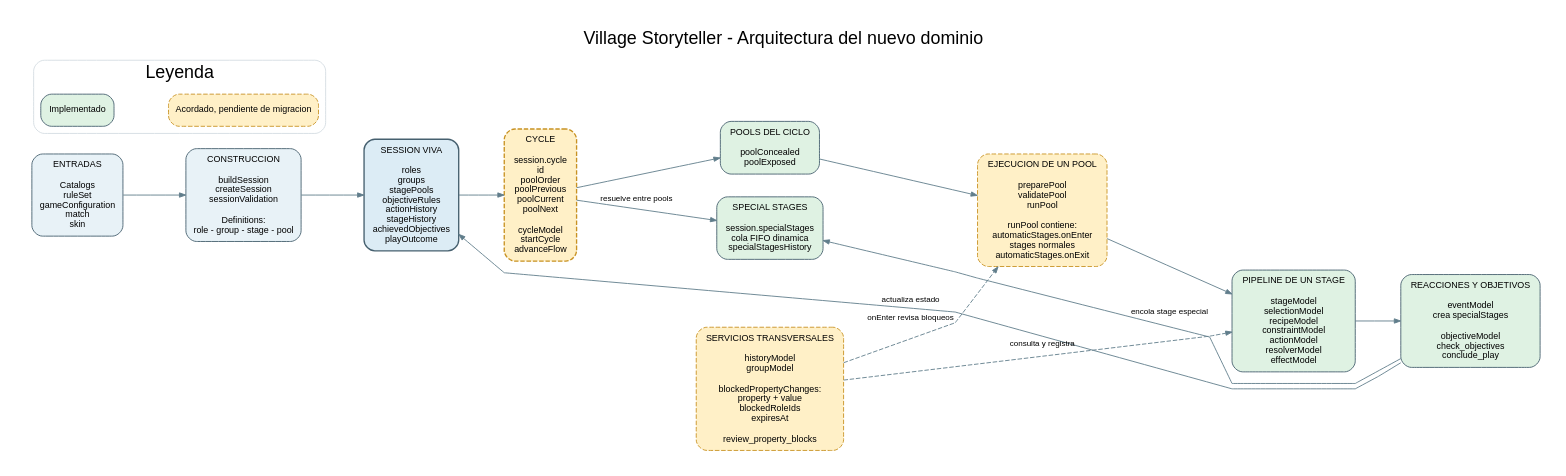
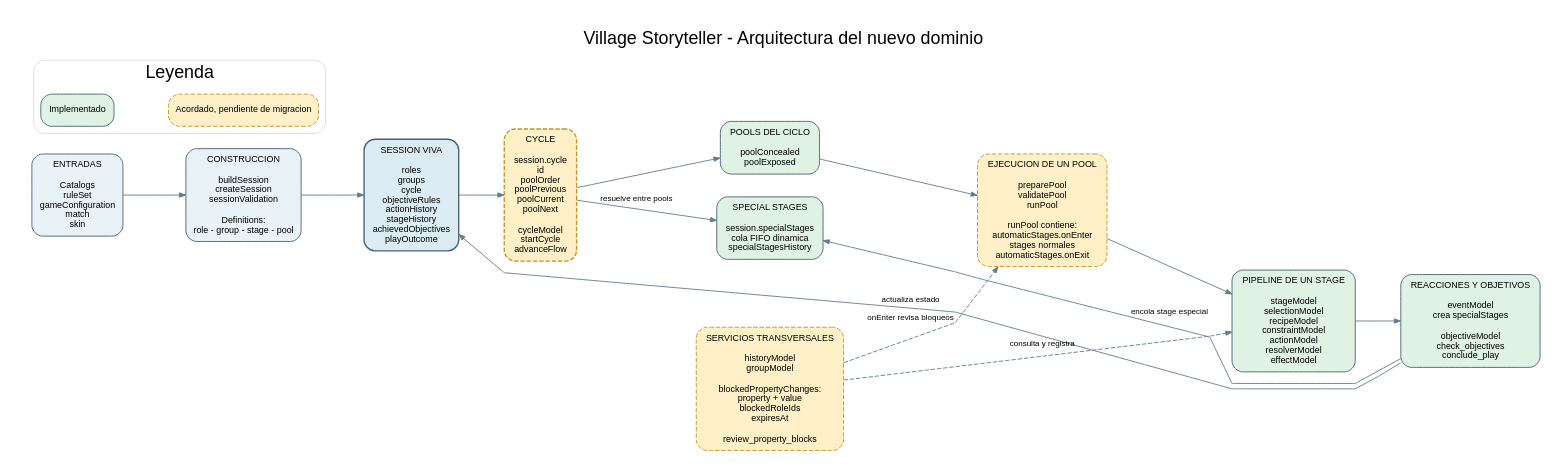
The diagram in docs/domain_architecture.dot (juanramonmorandeira/castronegro-director), drawn with Graphviz before and after one commit. The commit also changed 47 other files, not shown here.

```diff
--- a/docs/domain_architecture.dot
+++ b/docs/domain_architecture.dot
@@ -1,106 +1,106 @@
 digraph DomainArchitecture {
   graph [
     rankdir=LR,
     bgcolor="#ffffff",
     fontname="Arial",
     fontsize=20,
     label="Village Storyteller - Arquitectura del nuevo dominio",
     labelloc=t,
     pad=0.3,
     nodesep=0.35,
     ranksep=0.7,
     splines=polyline,
     compound=true
   ];
 
   node [
     shape=box,
     style="rounded,filled",
     fontname="Arial",
     fontsize=10,
     margin="0.14,0.10",
     color="#46606f",
     fillcolor="#dff2e3"
   ];
 
   edge [
     color="#607d8b",
     arrowsize=0.7,
     fontname="Arial",
     fontsize=9
   ];
 
   inputs [
     label="ENTRADAS\n\nCatalogs\nruleSet\ngameConfiguration\nmatch\nskin",
     fillcolor="#e8f2f7"
   ];
 
   assembly [
     label="CONSTRUCCION\n\nbuildSession\ncreateSession\nsessionValidation\n\nDefinitions:\nrole - group - stage - pool",
     fillcolor="#e8f2f7"
   ];
 
   session [
-    label="SESSION VIVA\n\nroles\ngroups\nstagePools\nobjectiveRules\nactionHistory\nstageHistory\nachievedObjectives\nplayOutcome",
+    label="SESSION VIVA\n\nroles\ngroups\ncycle\nobjectiveRules\nactionHistory\nstageHistory\nachievedObjectives\nplayOutcome",
     fillcolor="#dcecf5",
     penwidth=1.5
   ];
 
   cycle [
     label="CYCLE\n\nsession.cycle\nid\npoolOrder\npoolPrevious\npoolCurrent\npoolNext\n\ncycleModel\nstartCycle\nadvanceFlow",
     fillcolor="#fff0c7",
     style="rounded,filled,dashed",
     color="#c89223",
     penwidth=1.5
   ];
 
   pools [
     label="POOLS DEL CICLO\n\npoolConcealed\npoolExposed",
     fillcolor="#dff2e3"
   ];
 
   specialStages [
     label="SPECIAL STAGES\n\nsession.specialStages\ncola FIFO dinamica\nspecialStagesHistory",
     fillcolor="#dff2e3"
   ];
 
   poolRuntime [
     label="EJECUCION DE UN POOL\n\npreparePool\nvalidatePool\nrunPool\n\nrunPool contiene:\nautomaticStages.onEnter\nstages normales\nautomaticStages.onExit",
     fillcolor="#fff0c7",
     style="rounded,filled,dashed",
     color="#c89223"
   ];
 
   stagePipeline [
     label="PIPELINE DE UN STAGE\n\nstageModel\nselectionModel\nrecipeModel\nconstraintModel\nactionModel\nresolverModel\neffectModel",
     fillcolor="#dff2e3"
   ];
 
   reactions [
     label="REACCIONES Y OBJETIVOS\n\neventModel\ncrea specialStages\n\nobjectiveModel\ncheck_objectives\nconclude_play",
     fillcolor="#dff2e3"
   ];
 
   services [
     label="SERVICIOS TRANSVERSALES\n\nhistoryModel\ngroupModel\n\nblockedPropertyChanges:\nproperty + value\nblockedRoleIds\nexpiresAt\n\nreview_property_blocks",
     fillcolor="#fff0c7",
     style="rounded,filled,dashed",
     color="#c89223"
   ];
 
   inputs -> assembly -> session -> cycle -> pools -> poolRuntime -> stagePipeline -> reactions;
   cycle -> specialStages [label="resuelve entre pools"];
   reactions -> session [label="actualiza estado", constraint=false];
   reactions -> specialStages [label="encola stage especial", constraint=false];
   services -> stagePipeline [label="consulta y registra", style=dashed];
   services -> poolRuntime [label="onEnter revisa bloqueos", style=dashed];
 
   subgraph cluster_legend {
     label="Leyenda";
     color="#d5dde2";
     style="rounded";
     implemented [label="Implementado", fillcolor="#dff2e3"];
     agreed [label="Acordado, pendiente de migracion", fillcolor="#fff0c7", style="rounded,filled,dashed", color="#c89223"];
     implemented -> agreed [style=invis];
   }
 }
```
